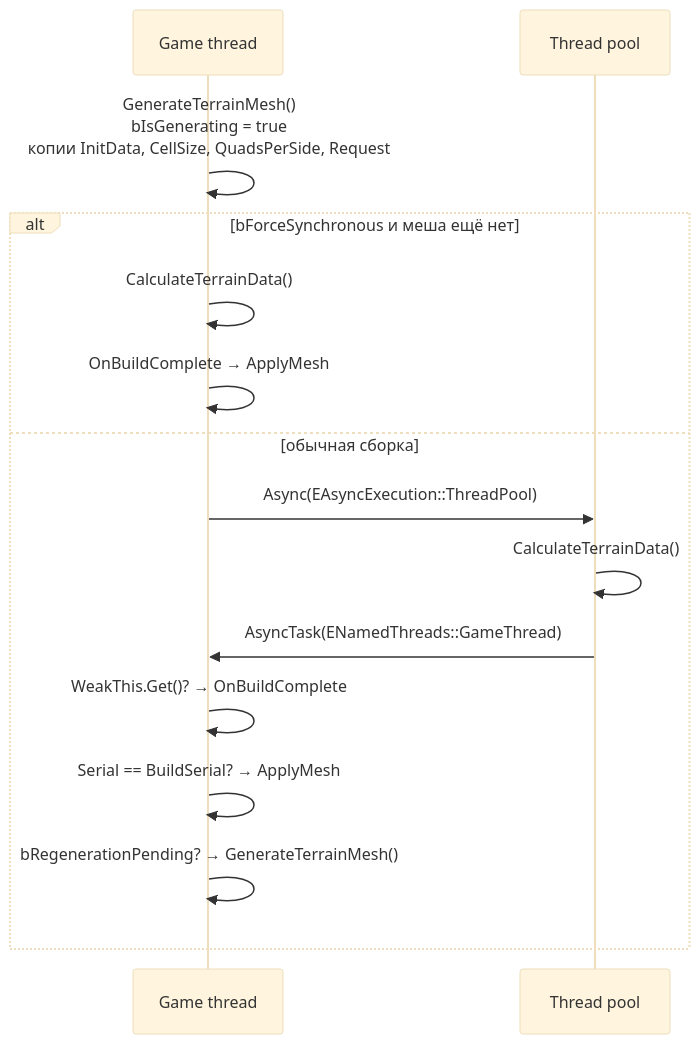
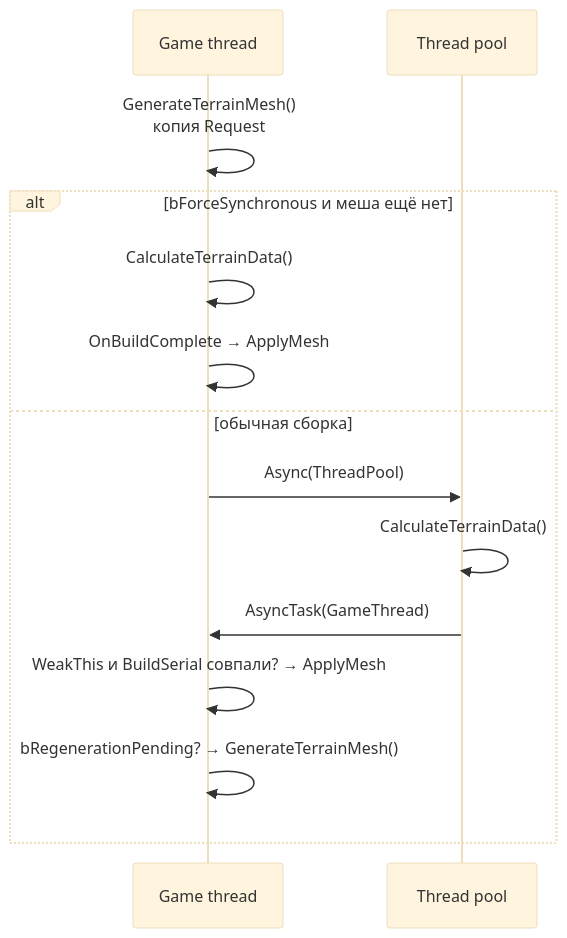
One commit to SKarabanov/MPSurv changed the second of 2 diagrams in Docs/TechnicalDocument.md. Above: the diagram before and after it, drawn with Mermaid (base theme). The commit also changed other lines of this file and 173 other files, not shown here.

````diff
--- a/Docs/TechnicalDocument.md
+++ b/Docs/TechnicalDocument.md
@@ -247,17 +367,16 @@
 ```mermaid
 sequenceDiagram
     participant GT as Game thread
     participant WP as Thread pool
-    GT->>GT: GenerateTerrainMesh()<br/>bIsGenerating = true<br/>копии InitData, CellSize, QuadsPerSide, Request
+    GT->>GT: GenerateTerrainMesh()<br/>копия Request
     alt bForceSynchronous и меша ещё нет
         GT->>GT: CalculateTerrainData()
         GT->>GT: OnBuildComplete → ApplyMesh
     else обычная сборка
-        GT->>WP: Async(EAsyncExecution::ThreadPool)
+        GT->>WP: Async(ThreadPool)
         WP->>WP: CalculateTerrainData()
-        WP->>GT: AsyncTask(ENamedThreads::GameThread)
-        GT->>GT: WeakThis.Get()? → OnBuildComplete
-        GT->>GT: Serial == BuildSerial? → ApplyMesh
+        WP->>GT: AsyncTask(GameThread)
+        GT->>GT: WeakThis и BuildSerial совпали? → ApplyMesh
         GT->>GT: bRegenerationPending? → GenerateTerrainMesh()
     end
 ```
````
